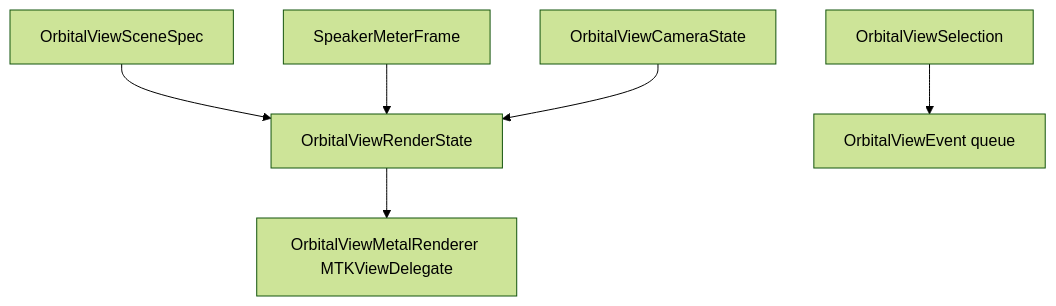
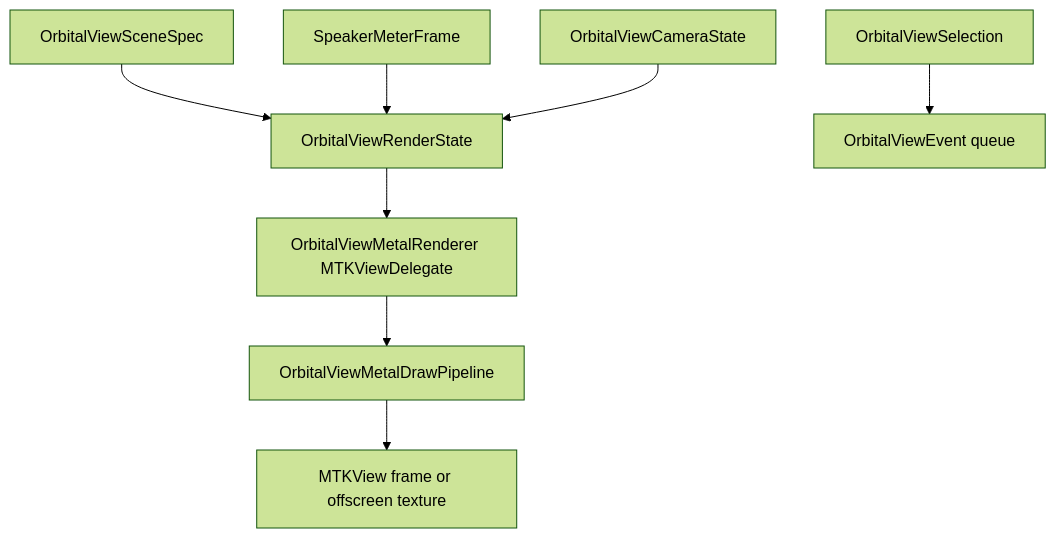
The fifth of 8 diagrams in docs/system-flows.md (jebagu/orbital-view), drawn with Mermaid (forest theme) before and after one commit. The commit also changed other lines of this file and 19 other files, not shown here.

````diff
--- a/docs/system-flows.md
+++ b/docs/system-flows.md
@@ -50,8 +50,10 @@
 ```mermaid
 flowchart TD
   Scene["OrbitalViewSceneSpec"] --> State["OrbitalViewRenderState"]
   Meters["SpeakerMeterFrame"] --> State
   Camera["OrbitalViewCameraState"] --> State
   Selection["OrbitalViewSelection"] --> Events["OrbitalViewEvent queue"]
   State --> Delegate["OrbitalViewMetalRenderer MTKViewDelegate"]
+  Delegate --> Pipeline["OrbitalViewMetalDrawPipeline"]
+  Pipeline --> Frame["MTKView frame or offscreen texture"]
 ```
````
